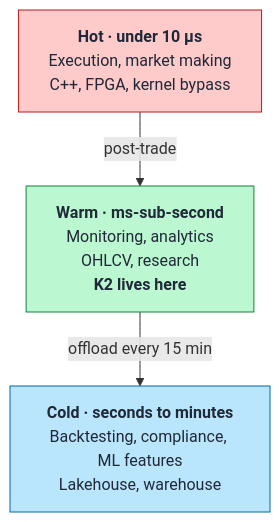
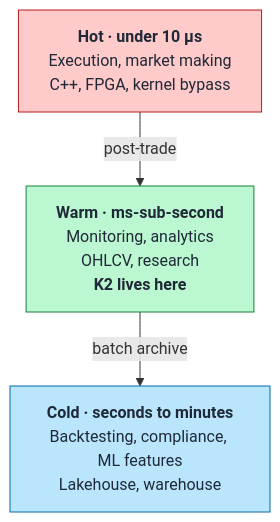
Before and after one commit to rjdscott/k2-market-data-platform: the diagram in docs/architecture/positioning.md, drawn with Mermaid. The commit also changed other lines of this file and 128 other files, not shown here.

First line of the commit message:
feat(v3): Phase D — lake tier on Lakekeeper + MinIO, replaces docker/offload (#77)

````diff
--- a/docs/architecture/positioning.md
+++ b/docs/architecture/positioning.md
@@ -13,16 +13,16 @@
 ```mermaid
 flowchart TB
     L1["<b>Hot · under 10 µs</b><br/>Execution, market making<br/>C++, FPGA, kernel bypass"]
     L2["<b>Warm · ms-sub-second</b><br/>Monitoring, analytics<br/>OHLCV, research<br/><b>K2 lives here</b>"]
     L3["<b>Cold · seconds to minutes</b><br/>Backtesting, compliance, ML features<br/>Lakehouse, warehouse"]
 
     L1 -->|"post-trade"| L2
-    L2 -->|"offload every 15 min"| L3
+    L2 -->|"batch archive"| L3
 
     classDef hot fill:#fecaca,stroke:#b91c1c,color:#1f2937
     classDef warm fill:#bbf7d0,stroke:#15803d,color:#1f2937
     classDef cold fill:#bae6fd,stroke:#0369a1,color:#1f2937
     class L1 hot
     class L2 warm
     class L3 cold
 ```
````
